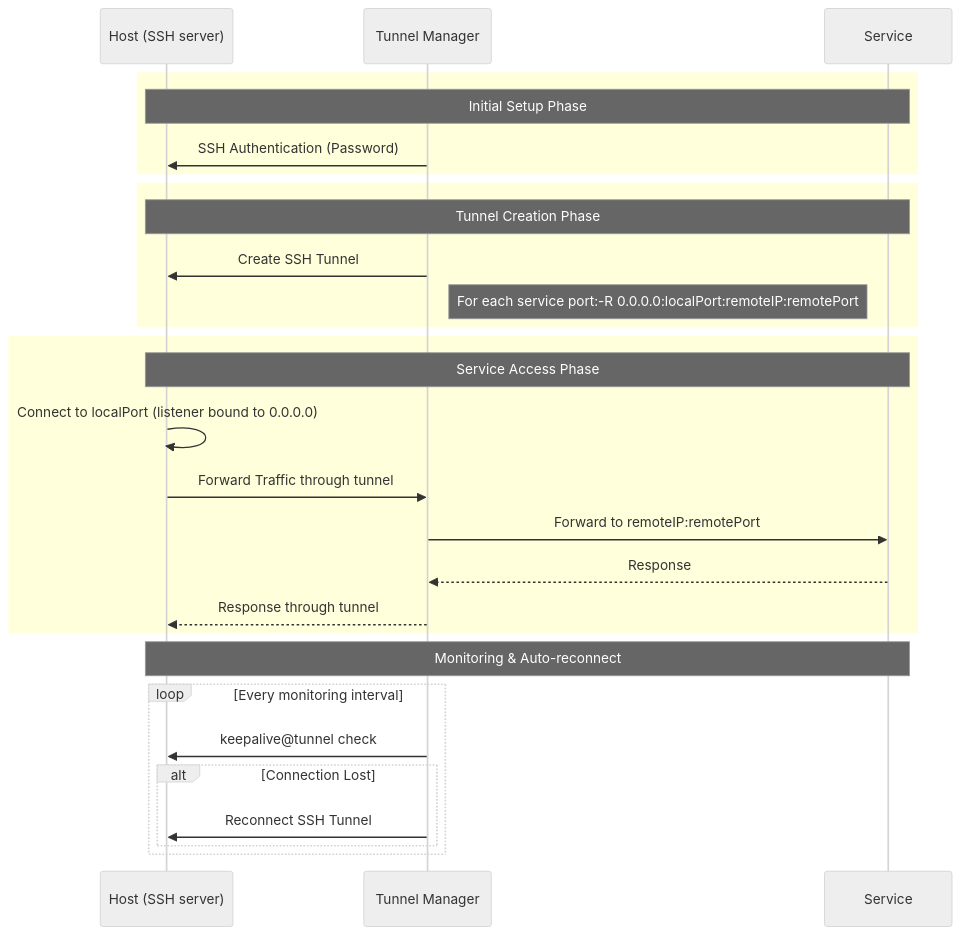
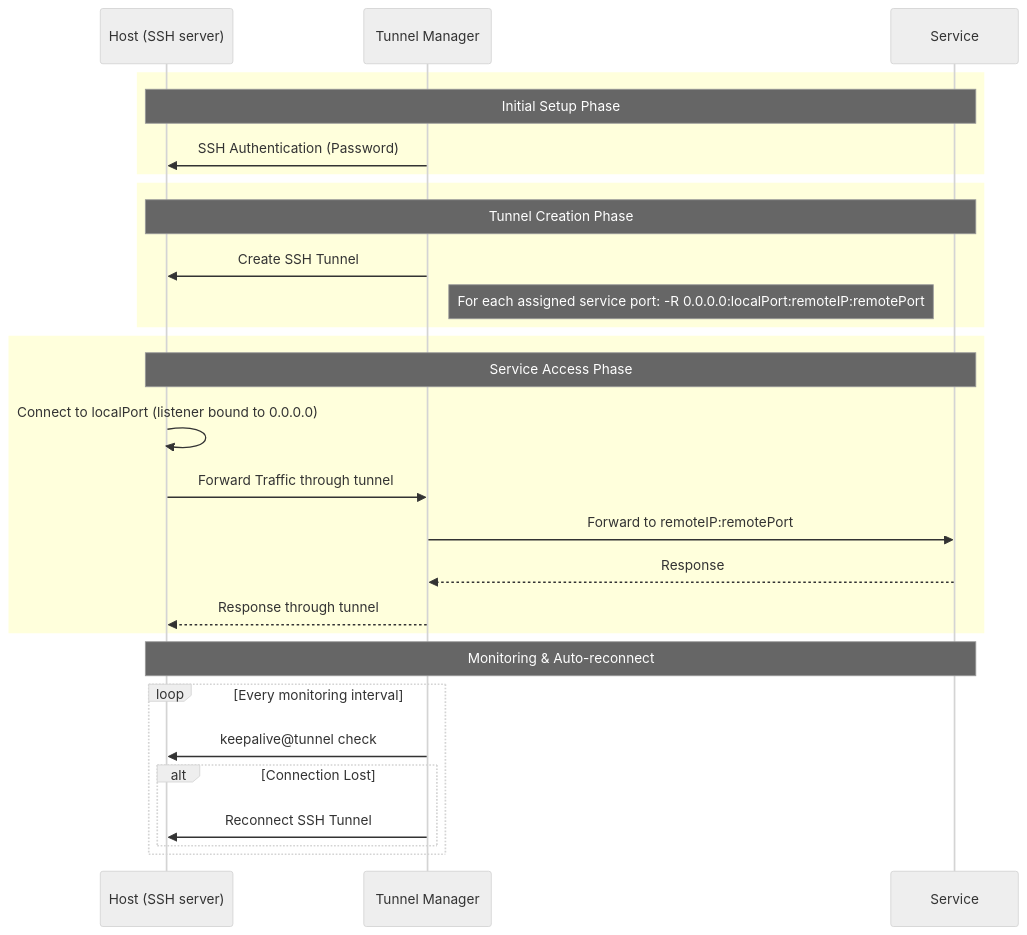
Before and after one commit to jollaman999/tunnel-manager: the diagram in docs/reference.md, drawn with Mermaid (neutral theme). The commit also changed 7 other files, not shown here.

Commit message:
docs: Link the four languages to each other and name the assignment in the diagram

````diff
--- a/docs/reference.md
+++ b/docs/reference.md
@@ -190,34 +190,34 @@
 ```mermaid
 sequenceDiagram
     participant Host as Host (SSH server)
     participant Bastion as Tunnel Manager
     participant WAS as Service
 
     rect rgb(255, 255, 220)
         Note over Host,WAS: Initial Setup Phase
         Bastion->>Host: SSH Authentication (Password)
     end
 
     rect rgb(255, 255, 220)
         Note over Host,WAS: Tunnel Creation Phase
         Bastion->>Host: Create SSH Tunnel
-        Note right of Bastion: For each service port:-R 0.0.0.0:localPort:remoteIP:remotePort
+        Note right of Bastion: For each assigned service port: -R 0.0.0.0:localPort:remoteIP:remotePort
     end
 
     rect rgb(255, 255, 220)
         Note over Host,WAS: Service Access Phase
         Host->>Host: Connect to localPort (listener bound to 0.0.0.0)
         Host->>Bastion: Forward Traffic through tunnel
         Bastion->>WAS: Forward to remoteIP:remotePort
         WAS-->>Bastion: Response
         Bastion-->>Host: Response through tunnel
     end
 
     Note over Host,WAS: Monitoring & Auto-reconnect
     loop Every monitoring interval
         Bastion->>Host: keepalive@tunnel check
         alt Connection Lost
             Bastion->>Host: Reconnect SSH Tunnel
         end
     end
 ```
````
